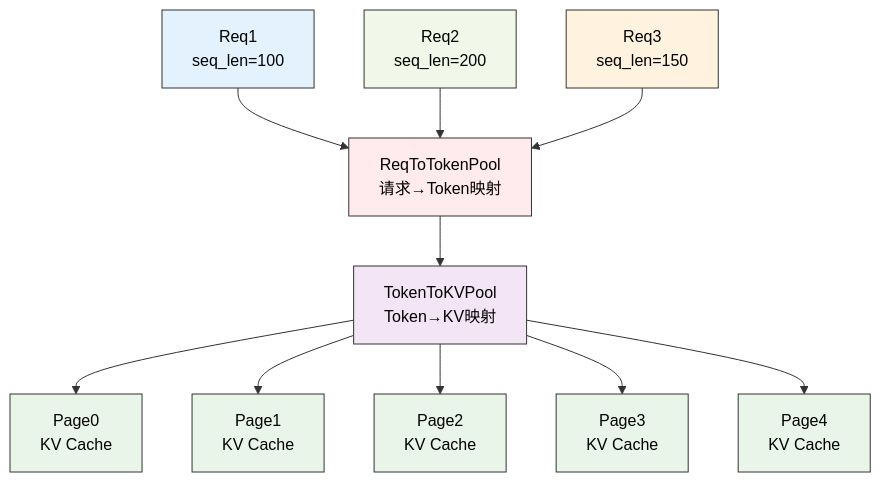
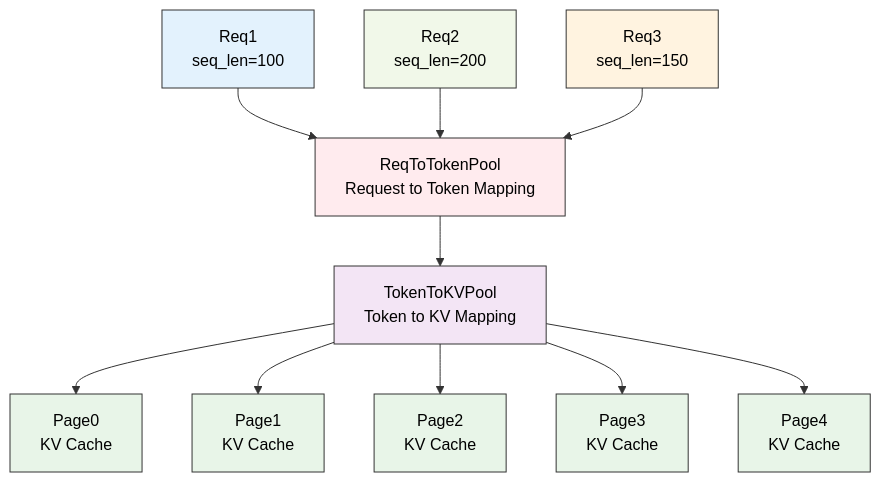
The third of 6 diagrams in SGLang开发者技术文档/01-调度器/04-批处理调度策略.md (JRChen0927/sglang), drawn with Mermaid before and after one commit. The commit also changed other lines of this file, not shown here.

````diff
--- a/SGLang开发者技术文档/01-调度器/04-批处理调度策略.md
+++ b/SGLang开发者技术文档/01-调度器/04-批处理调度策略.md
@@ -136,37 +136,37 @@
 ```mermaid
 graph TD
     R1["Req1<br/>seq_len=100"]
     R2["Req2<br/>seq_len=200"] 
     R3["Req3<br/>seq_len=150"]
     
-    RTT["ReqToTokenPool<br/>请求→Token映射"]
-    TKV["TokenToKVPool<br/>Token→KV映射"]
+    RTT["ReqToTokenPool<br/>Request to Token Mapping"]
+    TKV["TokenToKVPool<br/>Token to KV Mapping"]
     
     P1["Page0<br/>KV Cache"]
     P2["Page1<br/>KV Cache"]
     P3["Page2<br/>KV Cache"]
     P4["Page3<br/>KV Cache"]
     P5["Page4<br/>KV Cache"]
 
     R1 --> RTT
     R2 --> RTT  
     R3 --> RTT
     RTT --> TKV
     
     TKV --> P1
     TKV --> P2
     TKV --> P3
     TKV --> P4
     TKV --> P5
 
     style R1 fill:#e3f2fd,color:#000000,stroke:#333
     style R2 fill:#f1f8e9,color:#000000,stroke:#333
     style R3 fill:#fff3e0,color:#000000,stroke:#333
     style RTT fill:#ffebee,color:#000000,stroke:#333
     style TKV fill:#f3e5f5,color:#000000,stroke:#333
     style P1 fill:#e8f5e8,color:#000000,stroke:#333
     style P2 fill:#e8f5e8,color:#000000,stroke:#333
     style P3 fill:#e8f5e8,color:#000000,stroke:#333
     style P4 fill:#e8f5e8,color:#000000,stroke:#333
     style P5 fill:#e8f5e8,color:#000000,stroke:#333
 ```
````
